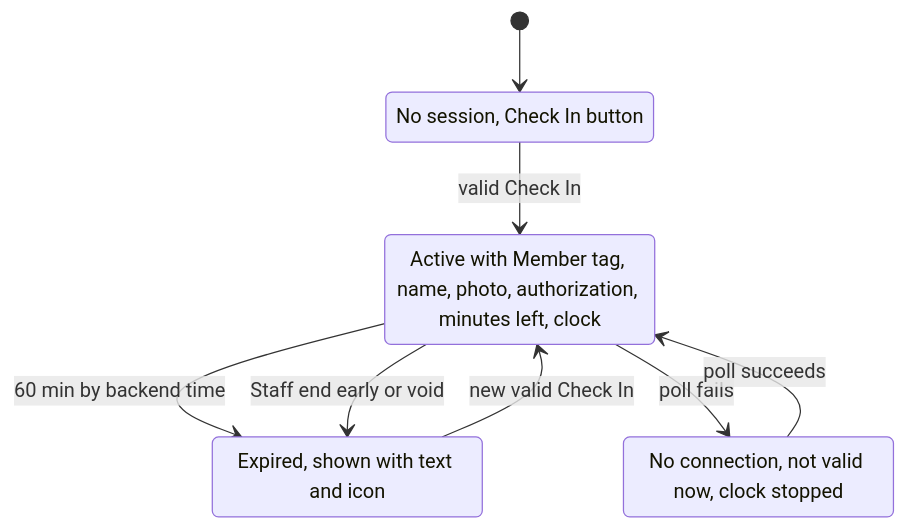
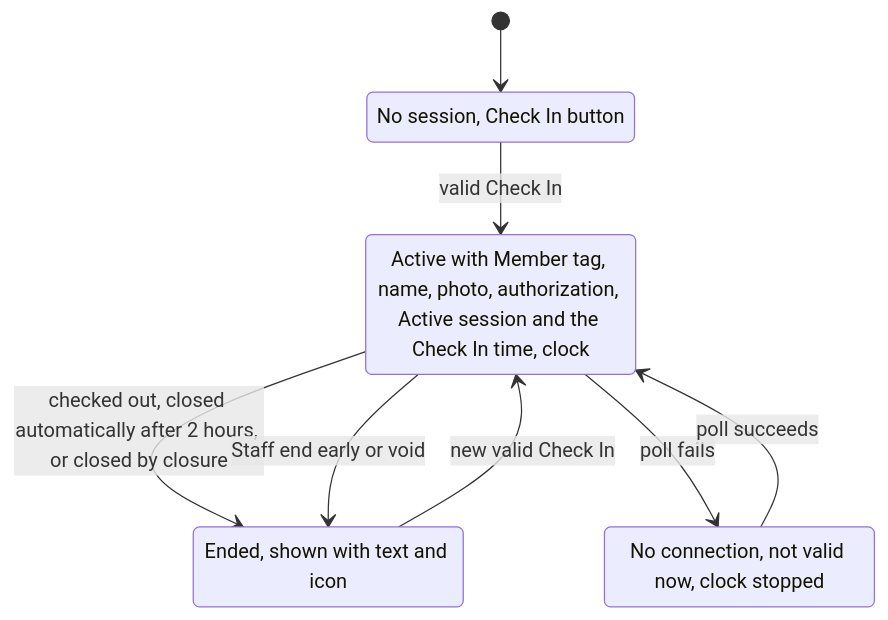
The sixth of 12 diagrams in docs/design/check-in-flows.md (Th3-Minorities/natatorio-gym-app), drawn with Mermaid before and after one commit. The commit also changed other lines of this file and 13 other files, not shown here.

````diff
--- a/docs/design/check-in-flows.md
+++ b/docs/design/check-in-flows.md
@@ -207,15 +216,15 @@
 ```mermaid
 stateDiagram-v2
   state "No session, Check In button" as pm_none
-  state "Active with Member tag, name, photo, authorization, minutes left, clock" as pm_active
-  state "Expired, shown with text and icon" as pm_expired
+  state "Active with Member tag, name, photo, authorization, Active session and the Check In time, clock" as pm_active
+  state "Ended, shown with text and icon" as pm_expired
   state "No connection, not valid now, clock stopped" as pm_offline
 
   [*] --> pm_none
   pm_none --> pm_active : valid Check In
-  pm_active --> pm_expired : 60 min by backend time
+  pm_active --> pm_expired : checked out, closed automatically after 2 hours, or closed by closure
   pm_active --> pm_expired : Staff end early or void
   pm_expired --> pm_active : new valid Check In
   pm_active --> pm_offline : poll fails
   pm_offline --> pm_active : poll succeeds
 ```
````
